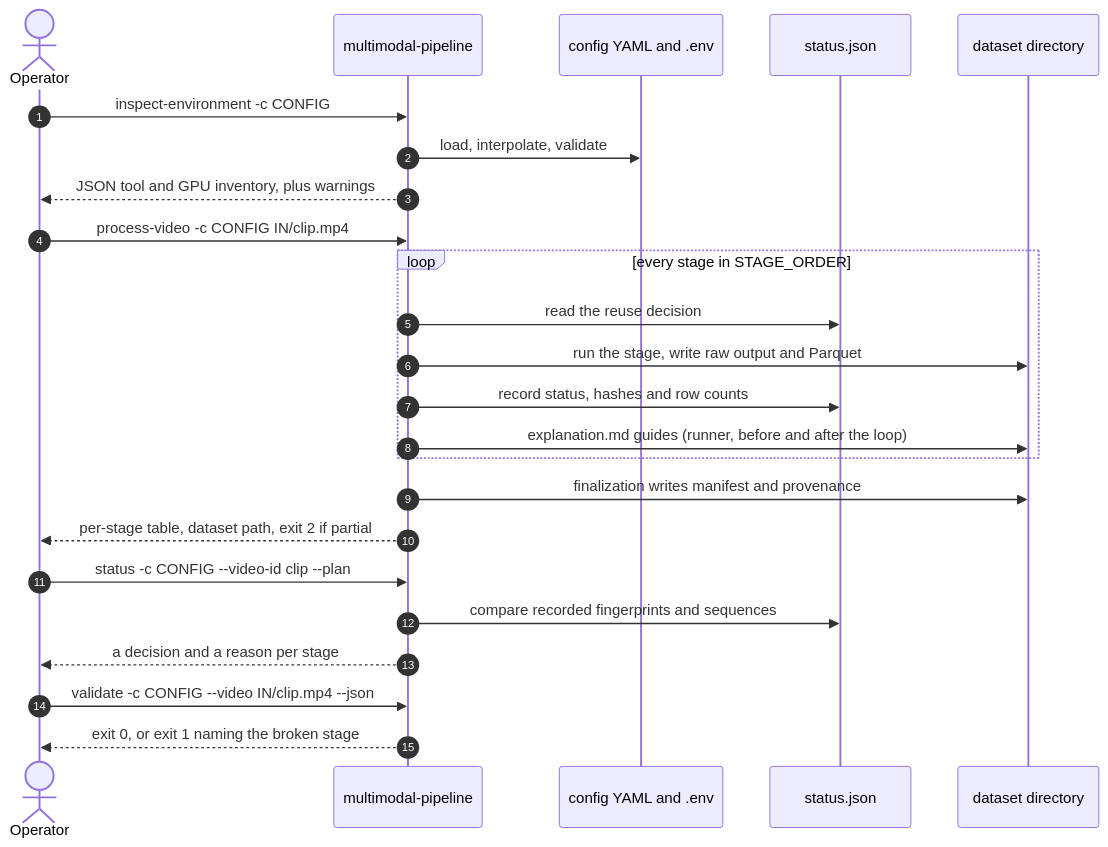
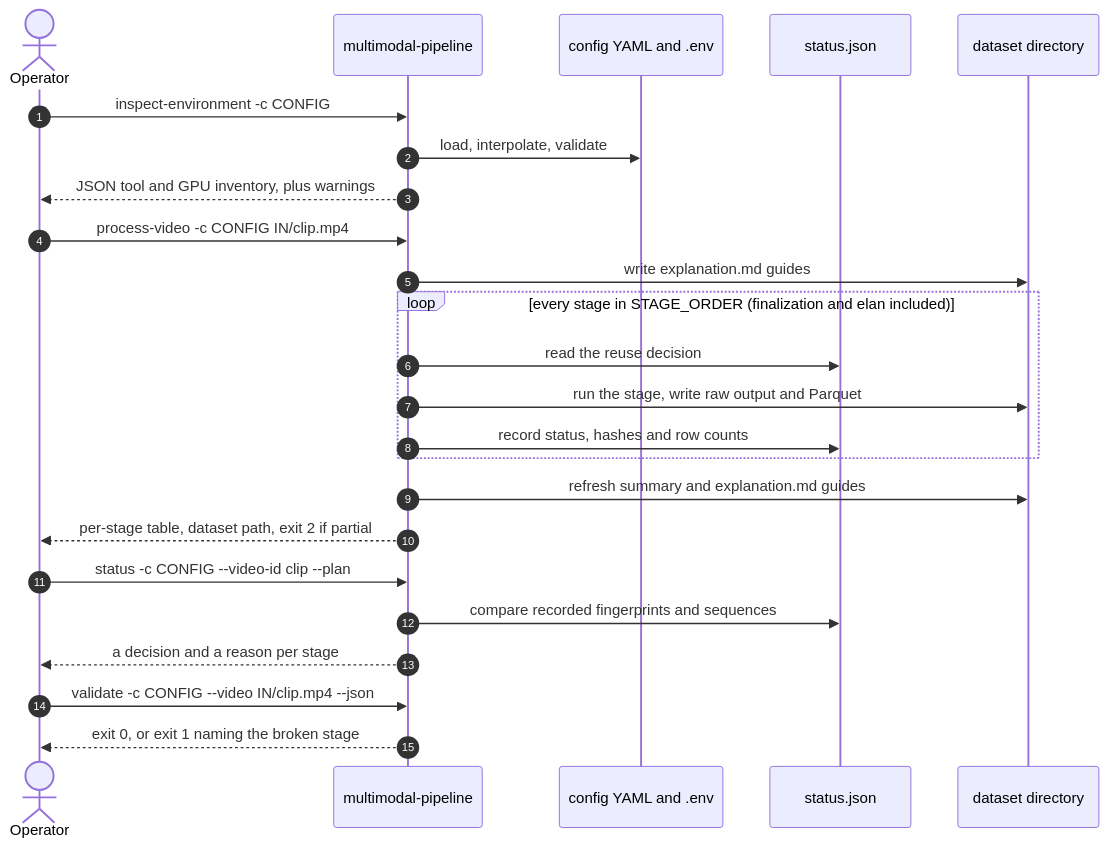
Before and after one commit to RaulKite/storytell-pipeline: the diagram in docs/cli.md, drawn with Mermaid. The commit also changed other lines of this file and 3 other files, not shown here.

````diff
--- a/docs/cli.md
+++ b/docs/cli.md
@@ -80,26 +78,26 @@
 ```mermaid
 sequenceDiagram
     autonumber
     actor Op as Operator
     participant CLI as multimodal-pipeline
     participant Cfg as config YAML and .env
     participant State as status.json
     participant Disk as dataset directory
     Op->>CLI: inspect-environment -c CONFIG
     CLI->>Cfg: load, interpolate, validate
     CLI-->>Op: JSON tool and GPU inventory, plus warnings
     Op->>CLI: process-video -c CONFIG IN/clip.mp4
-    loop every stage in STAGE_ORDER
+    CLI->>Disk: write explanation.md guides
+    loop every stage in STAGE_ORDER (finalization and elan included)
         CLI->>State: read the reuse decision
         CLI->>Disk: run the stage, write raw output and Parquet
         CLI->>State: record status, hashes and row counts
-        CLI->>Disk: explanation.md guides (runner, before and after the loop)
     end
-    CLI->>Disk: finalization writes manifest and provenance
+    CLI->>Disk: refresh summary and explanation.md guides
     CLI-->>Op: per-stage table, dataset path, exit 2 if partial
     Op->>CLI: status -c CONFIG --video-id clip --plan
     CLI->>State: compare recorded fingerprints and sequences
     CLI-->>Op: a decision and a reason per stage
     Op->>CLI: validate -c CONFIG --video IN/clip.mp4 --json
     CLI-->>Op: exit 0, or exit 1 naming the broken stage
 ```
````
